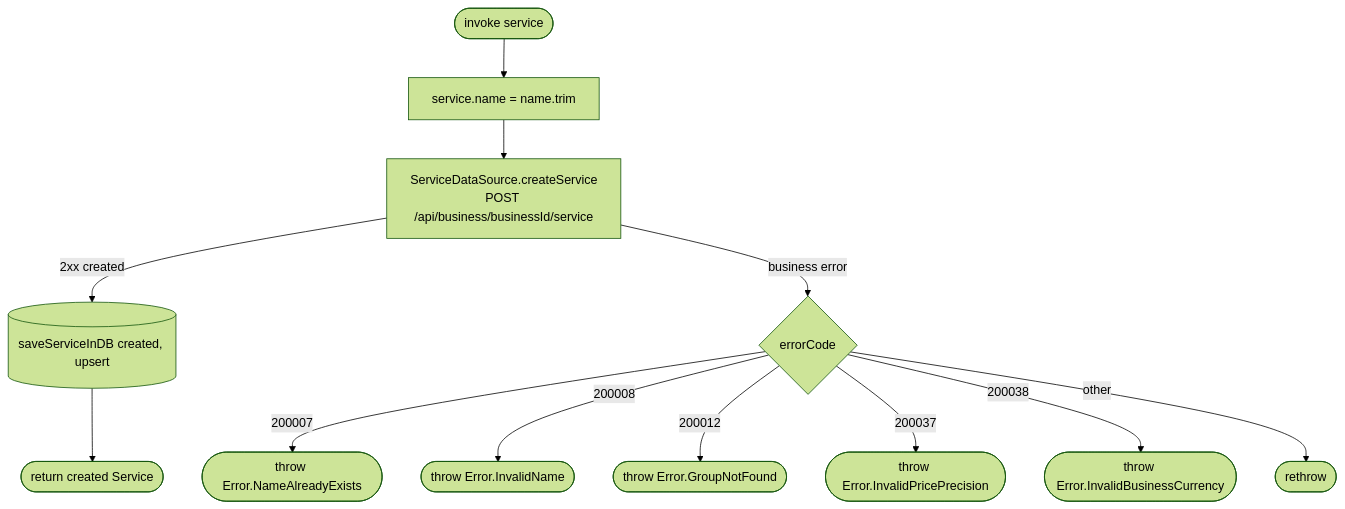
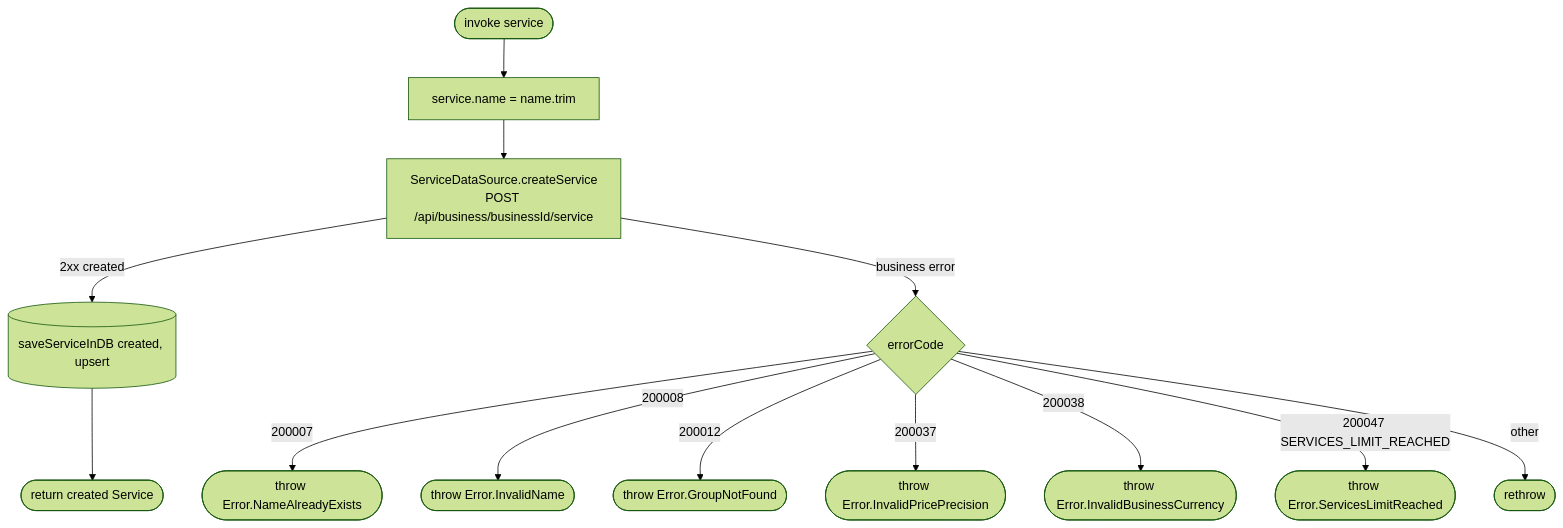
Before and after one commit to nocturneproperties/bookkme-client: the diagram in docs/operations/services/create-service.md, drawn with Mermaid (forest theme). The commit also changed other lines of this file and 91 other files, not shown here.

````diff
--- a/docs/operations/services/create-service.md
+++ b/docs/operations/services/create-service.md
@@ -10,14 +11,15 @@
 ```mermaid
 flowchart TD
     Start([invoke service]) --> Trim[service.name = name.trim]
     Trim --> Net[ServiceDataSource.createService<br/>POST /api/business/businessId/service]
     Net -- 2xx created --> Save[(saveServiceInDB created, upsert)]
     Save --> R([return created Service])
     Net -- business error --> Code{errorCode}
     Code -- 200007 --> E200007([throw Error.NameAlreadyExists])
     Code -- 200008 --> E200008([throw Error.InvalidName])
     Code -- 200012 --> E200012([throw Error.GroupNotFound])
     Code -- 200037 --> E200037([throw Error.InvalidPricePrecision])
     Code -- 200038 --> E200038([throw Error.InvalidBusinessCurrency])
+    Code -- 200047 SERVICES_LIMIT_REACHED --> E200047([throw Error.ServicesLimitReached])
     Code -- other --> EX([rethrow])
 ```
````
